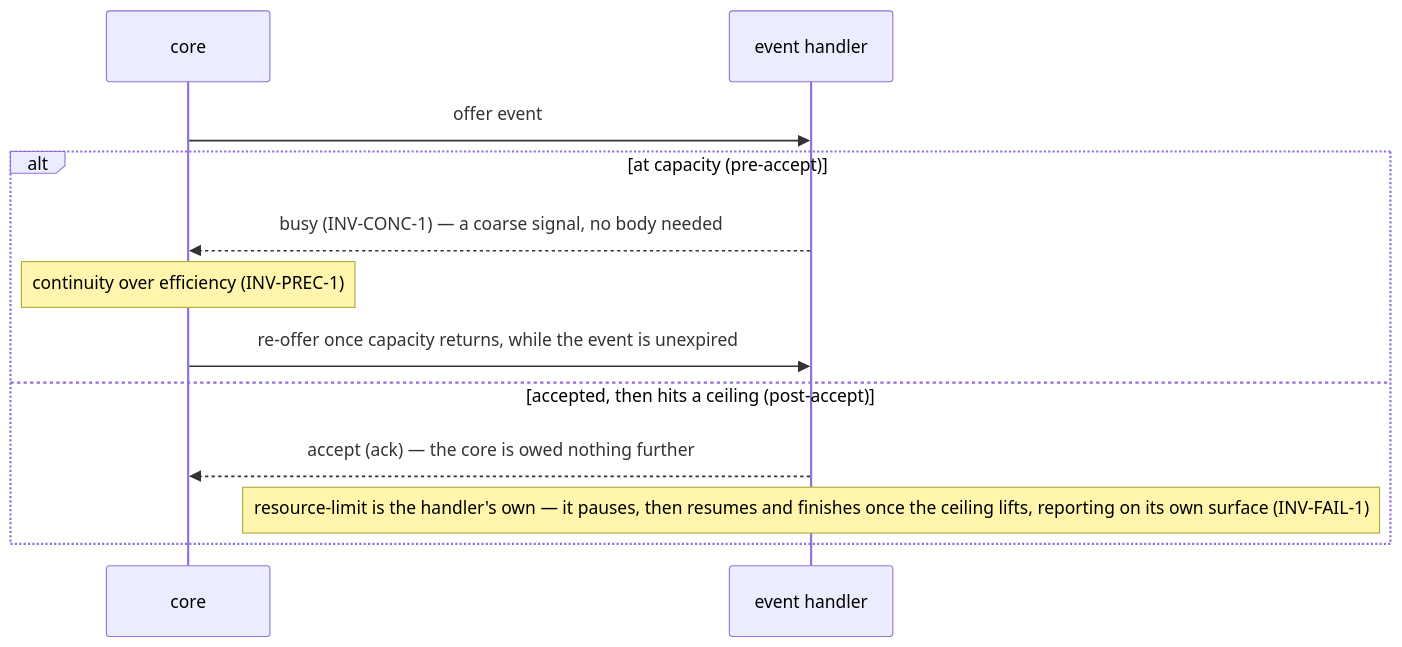
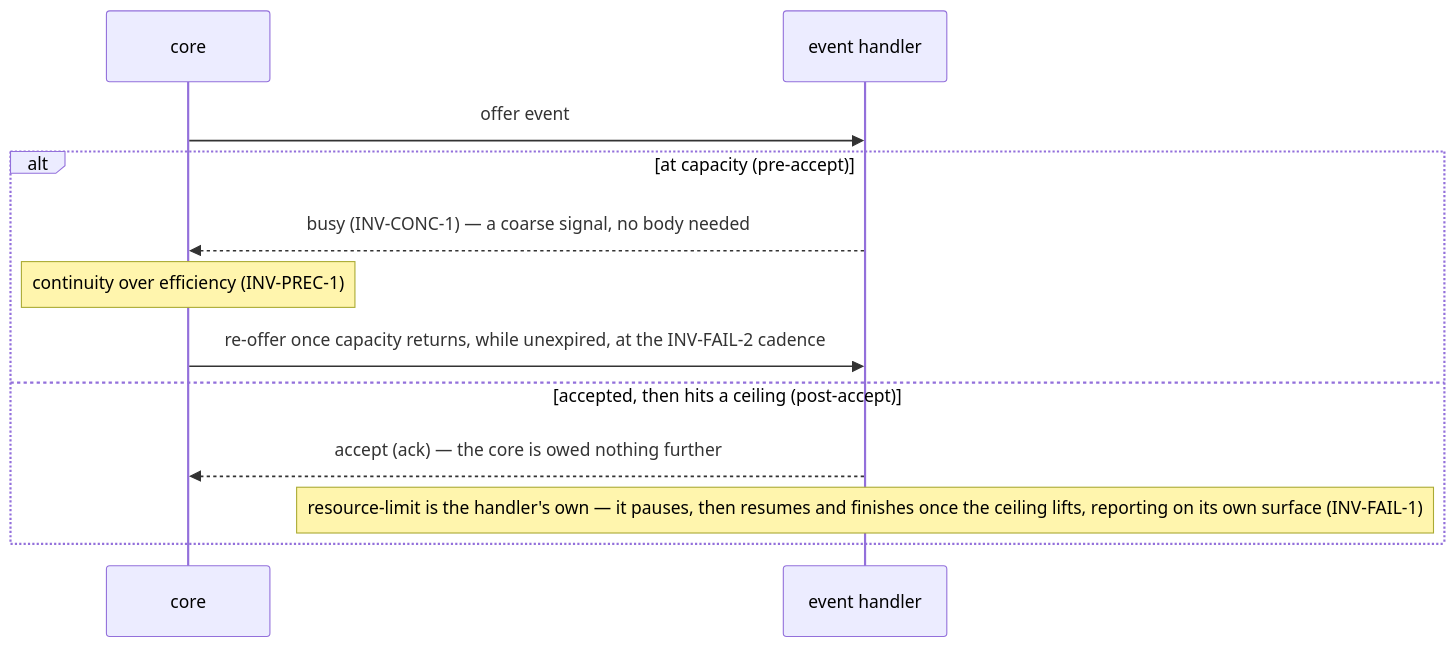
The fifth of 18 diagrams in packages/pr-pool/docs/behavior/journeys.md (phillipgreenii/nix-agent-support), drawn with Mermaid before and after one commit. The commit also changed other lines of this file and 16 other files, not shown here.

````diff
--- a/packages/pr-pool/docs/behavior/journeys.md
+++ b/packages/pr-pool/docs/behavior/journeys.md
@@ -390,14 +401,14 @@
 ```mermaid
 sequenceDiagram
     participant CORE as core
     participant HDL as event handler
     CORE->>HDL: offer event
     alt at capacity (pre-accept)
         HDL-->>CORE: busy (INV-CONC-1) — a coarse signal, no body needed
         Note over CORE: continuity over efficiency (INV-PREC-1)
-        CORE->>HDL: re-offer once capacity returns, while the event is unexpired
+        CORE->>HDL: re-offer once capacity returns, while unexpired, at the INV-FAIL-2 cadence
     else accepted, then hits a ceiling (post-accept)
         HDL-->>CORE: accept (ack) — the core is owed nothing further
         Note over HDL: resource-limit is the handler's own — it pauses, then resumes and finishes once the ceiling lifts, reporting on its own surface (INV-FAIL-1)
     end
 ```
````
